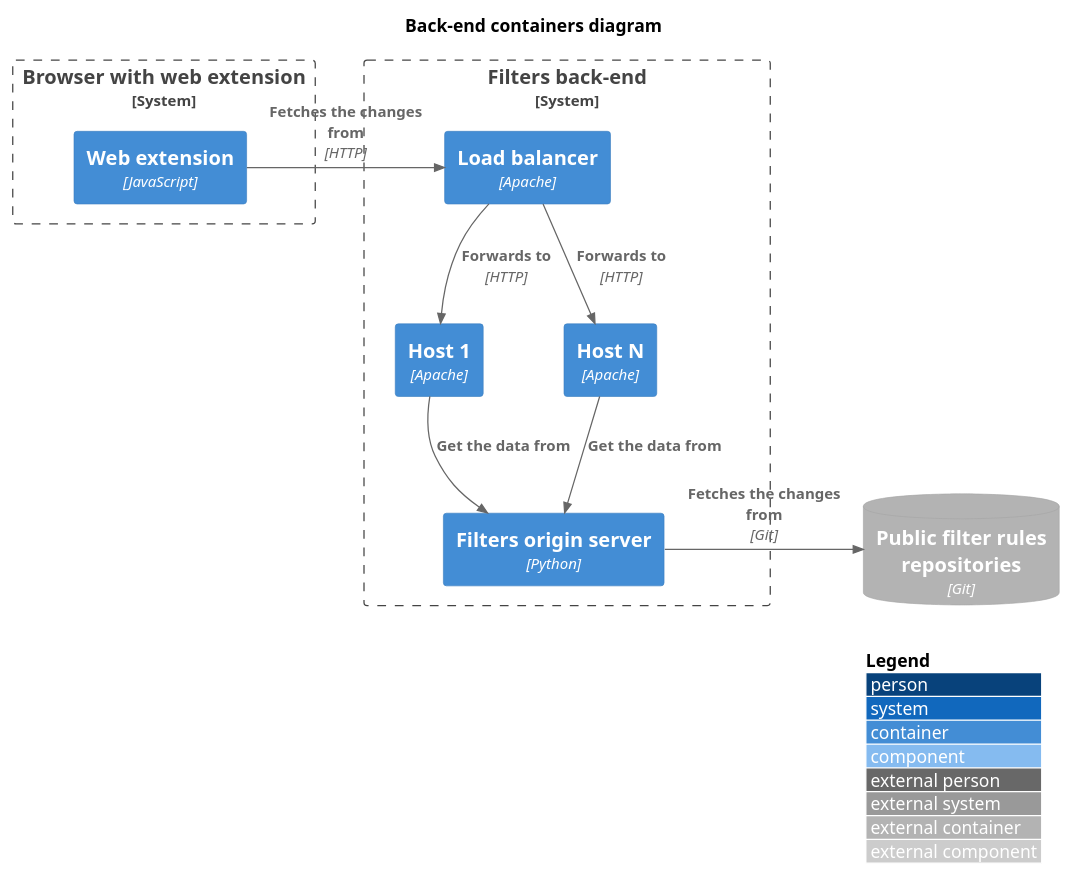
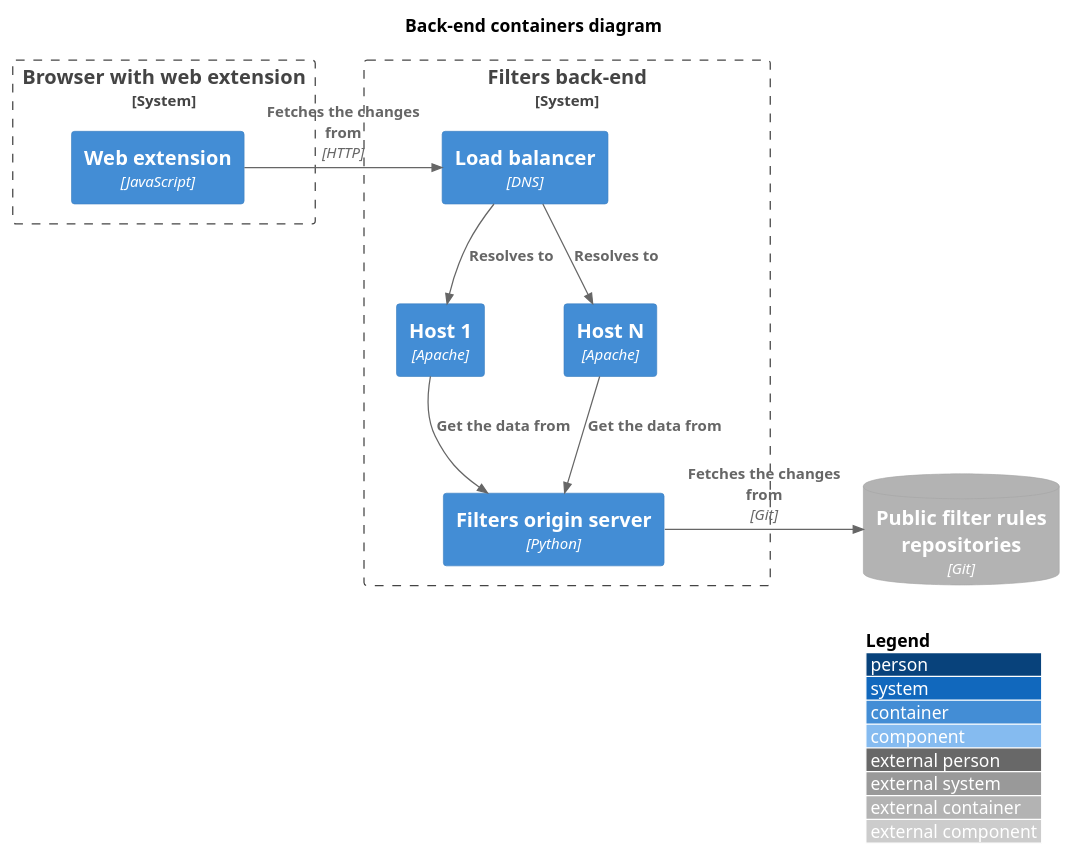
One commit to 4ntoine/mv3_spec_c4 changed the diagram in containers_backend.puml. Above: the diagram before and after it, drawn with PlantUML. The commit also changed 3 other files, not shown here.

```diff
--- a/containers_backend.puml
+++ b/containers_backend.puml
@@ -1,30 +1,30 @@
 @startuml
 !include https://raw.githubusercontent.com/plantuml-stdlib/C4-PlantUML/master/C4_Context.puml
 !include https://raw.githubusercontent.com/plantuml-stdlib/C4-PlantUML/master/C4_Container.puml
 !include https://raw.githubusercontent.com/plantuml-stdlib/C4-PlantUML/master/C4_Component.puml
 
 title Back-end containers diagram
 LAYOUT_WITH_LEGEND()
 
 ' system itself
 System_Boundary(browser, "Browser with web extension") {
   Container(webExt, "Web extension", "JavaScript")
 }
 
 System_Boundary(backEndContainer, "Filters back-end") {
-  Container(loadBalancer, "Load balancer", "Apache")
+  Container(loadBalancer, "Load balancer", "DNS")
   Container(host1, "Host 1", "Apache")
   Container(hostN, "Host N", "Apache")
   Container(filterServer, "Filters origin server", "Python")
 }
 
 ContainerDb_Ext(gitRepo, "Public filter rules repositories", "Git")
 
 ' relations
 Rel_R(webExt, loadBalancer, "Fetches the changes from", "HTTP")
-Rel_D(loadBalancer, host1, "Forwards to", "HTTP")
-Rel_D(loadBalancer, hostN, "Forwards to", "HTTP")
+Rel_D(loadBalancer, host1, "Resolves to")
+Rel_D(loadBalancer, hostN, "Resolves to")
 Rel_D(host1, filterServer, "Get the data from")
 Rel_D(hostN, filterServer, "Get the data from")
 Rel_R(filterServer, gitRepo, "Fetches the changes from", "Git")
 @enduml
```
